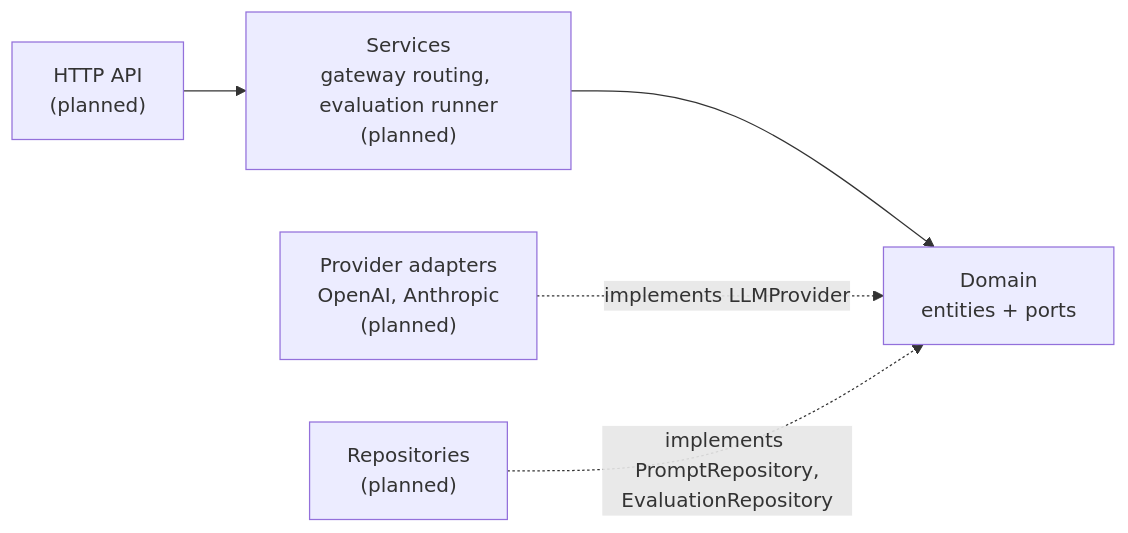
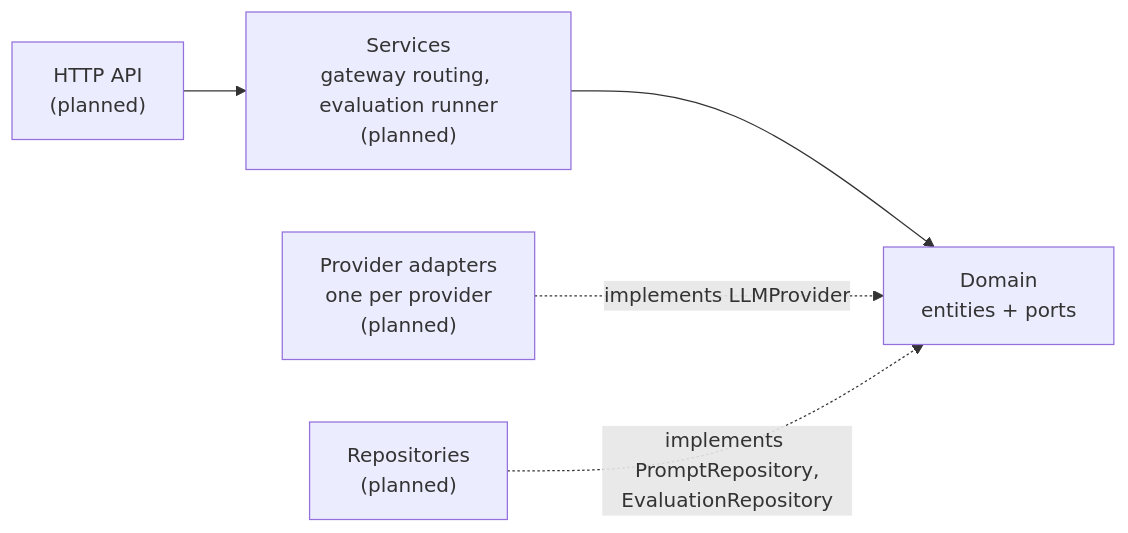
Before and after one commit to mustafajarrah/llm-gateway-eval: the diagram in README.md, drawn with Mermaid. The commit also changed other lines of this file and 3 other files, not shown here.

````diff
--- a/README.md
+++ b/README.md
@@ -25,7 +38,7 @@
 ```mermaid
 flowchart LR
     HTTP["HTTP API<br/>(planned)"] --> SVC["Services<br/>gateway routing, evaluation runner<br/>(planned)"]
     SVC --> DOM["Domain<br/>entities + ports"]
-    PROV["Provider adapters<br/>OpenAI, Anthropic<br/>(planned)"] -. implements LLMProvider .-> DOM
+    PROV["Provider adapters<br/>one per provider<br/>(planned)"] -. implements LLMProvider .-> DOM
     REPO["Repositories<br/>(planned)"] -. implements PromptRepository,<br/>EvaluationRepository .-> DOM
 ```
````
